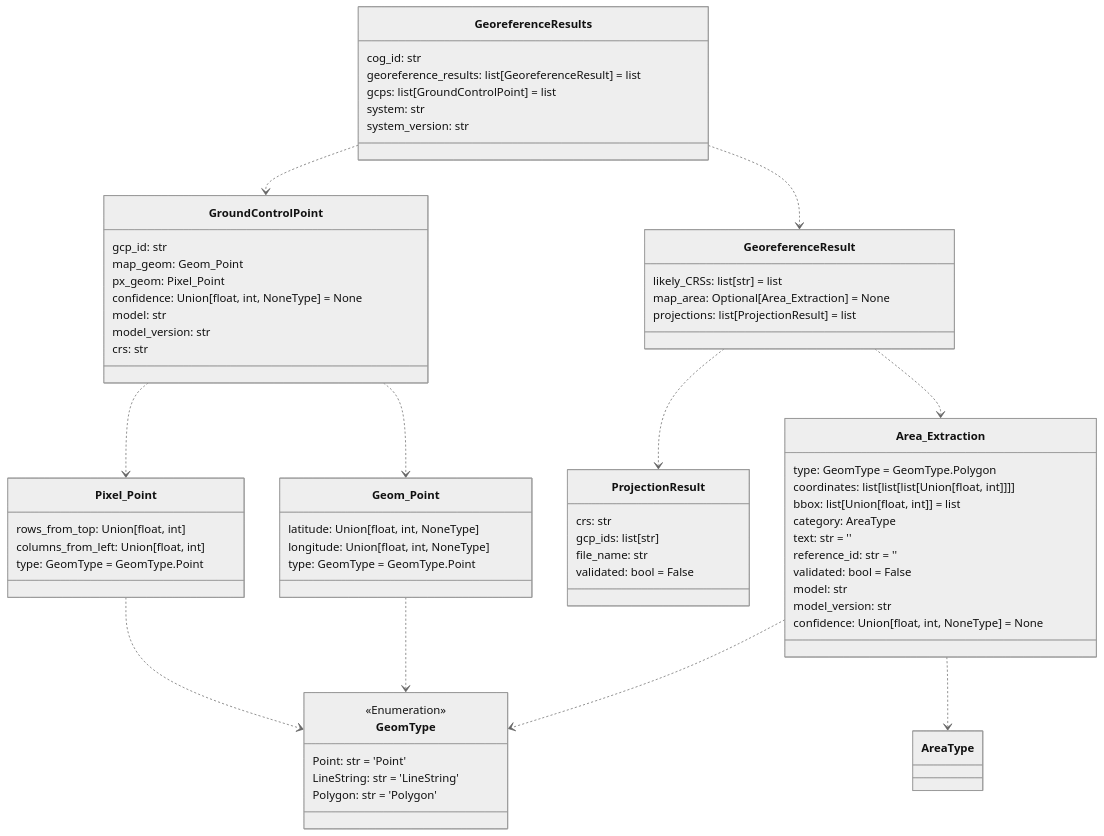
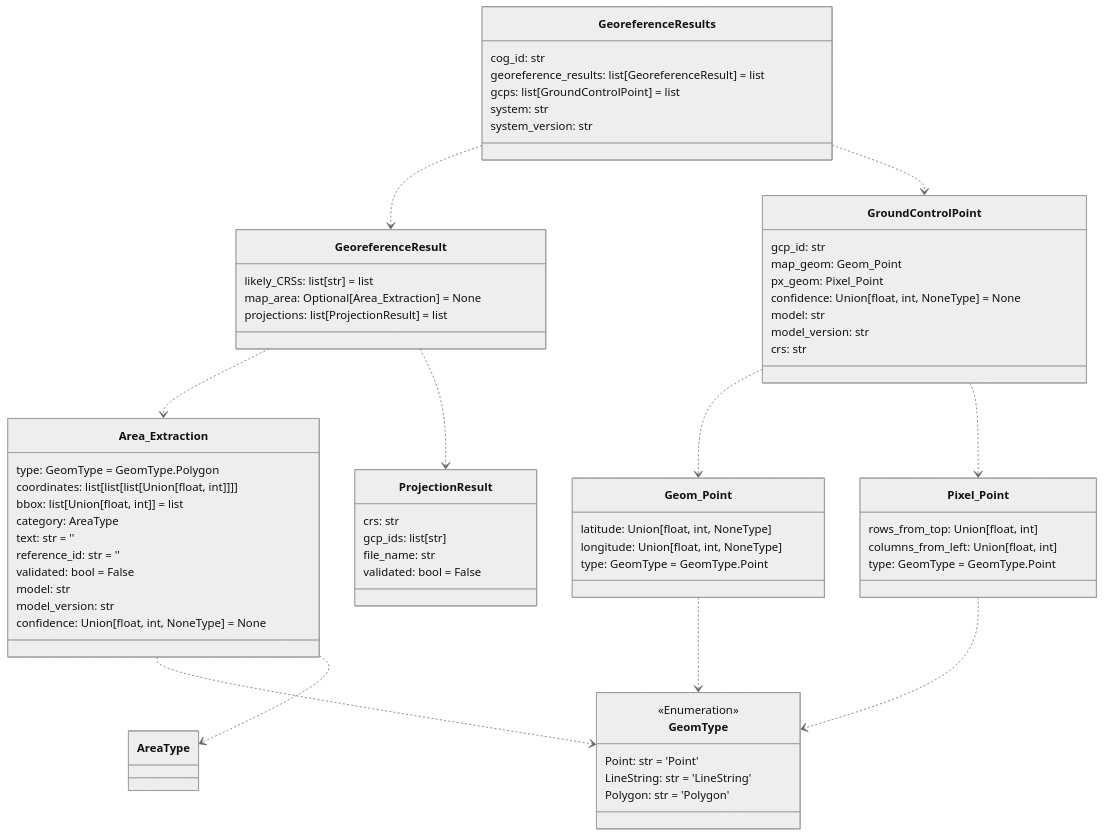
The second of 14 diagrams in README.md (DARPA-CRITICALMAAS/cdr_schemas), drawn with Mermaid (neutral theme) before and after one commit. The commit also changed other lines of this file and 1 other file, not shown here.

````diff
--- a/README.md
+++ b/README.md
@@ -117,79 +117,79 @@
 ```mermaid
 classDiagram
-
-    class Pixel_Point {
-        rows_from_top: Union[float, int]
-        columns_from_left: Union[float, int]
-        type: GeomType = GeomType.Point
-    }
 
     class Area_Extraction {
         type: GeomType = GeomType.Polygon
         coordinates: list[list[list[Union[float, int]]]]
         bbox: list[Union[float, int]] = list
         category: AreaType
         text: str = ''
         reference_id: str = ''
         validated: bool = False
         model: str
         model_version: str
         confidence: Union[float, int, NoneType] = None
     }
 
-    class GeomType {
-        <<Enumeration>>
-        Point: str = 'Point'
-        LineString: str = 'LineString'
-        Polygon: str = 'Polygon'
+    class GeoreferenceResult {
+        likely_CRSs: list[str] = list
+        map_area: Optional[Area_Extraction] = None
+        projections: list[ProjectionResult] = list
+    }
+
+    class ProjectionResult {
+        crs: str
+        gcp_ids: list[str]
+        file_name: str
+        validated: bool = False
+    }
+
+    class Geom_Point {
+        latitude: Union[float, int, NoneType]
+        longitude: Union[float, int, NoneType]
+        type: GeomType = GeomType.Point
+    }
+
+    class Pixel_Point {
+        rows_from_top: Union[float, int]
+        columns_from_left: Union[float, int]
+        type: GeomType = GeomType.Point
     }
 
     class GroundControlPoint {
         gcp_id: str
         map_geom: Geom_Point
         px_geom: Pixel_Point
         confidence: Union[float, int, NoneType] = None
         model: str
         model_version: str
         crs: str
     }
 
-    class ProjectionResult {
-        crs: str
-        gcp_ids: list[str]
-        file_name: str
-        validated: bool = False
-    }
-
-    class GeoreferenceResult {
-        likely_CRSs: list[str] = list
-        map_area: Optional[Area_Extraction] = None
-        projections: list[ProjectionResult] = list
+    class GeomType {
+        <<Enumeration>>
+        Point: str = 'Point'
+        LineString: str = 'LineString'
+        Polygon: str = 'Polygon'
     }
 
     class GeoreferenceResults {
         cog_id: str
         georeference_results: list[GeoreferenceResult] = list
         gcps: list[GroundControlPoint] = list
         system: str
         system_version: str
     }
 
-    class Geom_Point {
-        latitude: Union[float, int, NoneType]
-        longitude: Union[float, int, NoneType]
-        type: GeomType = GeomType.Point
-    }
-
+    Area_Extraction ..> GeomType
     Area_Extraction ..> AreaType
-    Area_Extraction ..> GeomType
     Geom_Point ..> GeomType
     Pixel_Point ..> GeomType
     GroundControlPoint ..> Geom_Point
     GroundControlPoint ..> Pixel_Point
     GeoreferenceResult ..> Area_Extraction
     GeoreferenceResult ..> ProjectionResult
+    GeoreferenceResults ..> GeoreferenceResult
     GeoreferenceResults ..> GroundControlPoint
-    GeoreferenceResults ..> GeoreferenceResult
 
 
 ```
````
